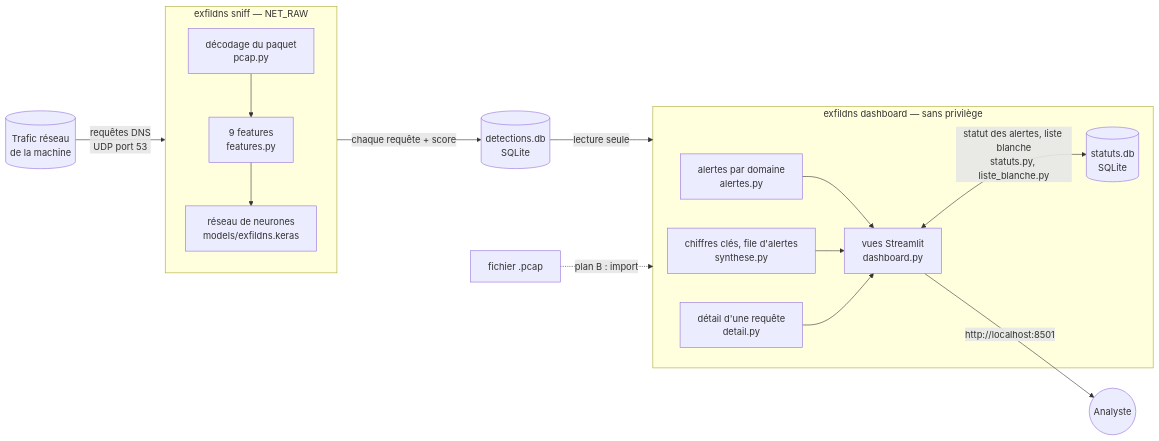
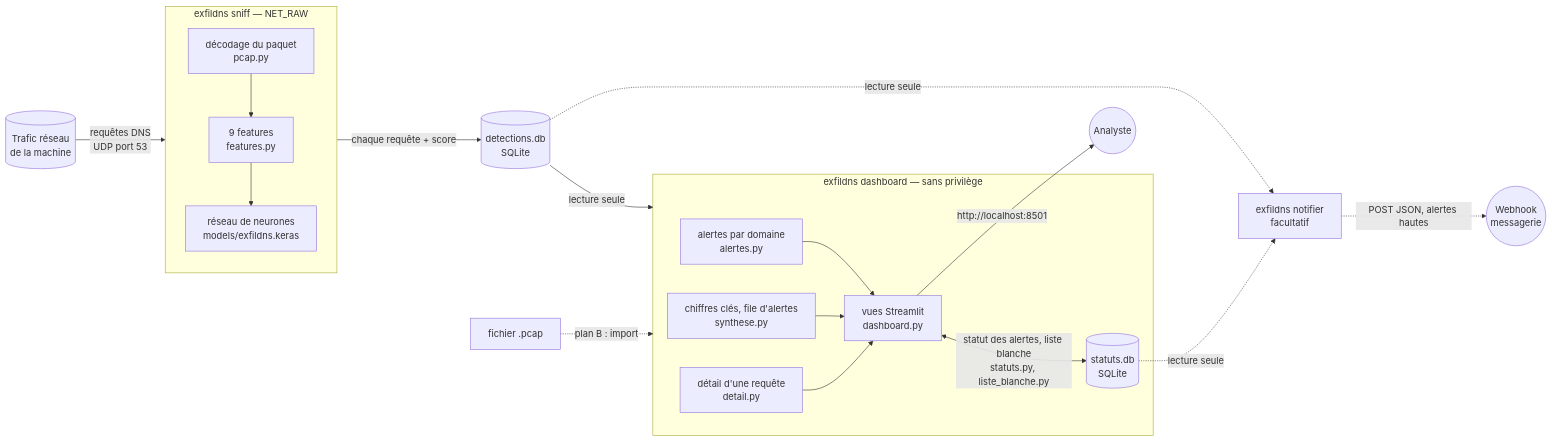
One commit to PabloHavane/exfildns changed the diagram in docs/deploiement.md. Above: the diagram before and after it, drawn with Mermaid. The commit also changed other lines of this file and 10 other files, not shown here.

First line of the commit message:
feat(notification): notification des alertes hautes par webhook (#97)

````diff
--- a/docs/deploiement.md
+++ b/docs/deploiement.md
@@ -9,17 +9,20 @@
 ```mermaid
 flowchart LR
     R[(Trafic réseau<br/>de la machine)] -->|requêtes DNS<br/>UDP port 53| S
     subgraph S [exfildns sniff — NET_RAW]
         D[décodage du paquet<br/>pcap.py] --> F[9 features<br/>features.py] --> M[réseau de neurones<br/>models/exfildns.keras]
     end
     S -->|chaque requête + score| B[(detections.db<br/>SQLite)]
     B -->|lecture seule| T
     subgraph T [exfildns dashboard — sans privilège]
         A[alertes par domaine<br/>alertes.py] --> V[vues Streamlit<br/>dashboard.py]
         Y[chiffres clés, file d'alertes<br/>synthese.py] --> V
         Q[détail d'une requête<br/>detail.py] --> V
         V <-->|statut des alertes, liste blanche<br/>statuts.py, liste_blanche.py| E[(statuts.db<br/>SQLite)]
     end
     V -->|http://localhost:8501| U((Analyste))
     P[fichier .pcap] -.->|plan B : import| T
+    B -.->|lecture seule| N[exfildns notifier<br/>facultatif]
+    E -.->|lecture seule| N
+    N -.->|POST JSON, alertes hautes| W((Webhook<br/>messagerie))
 ```
````
